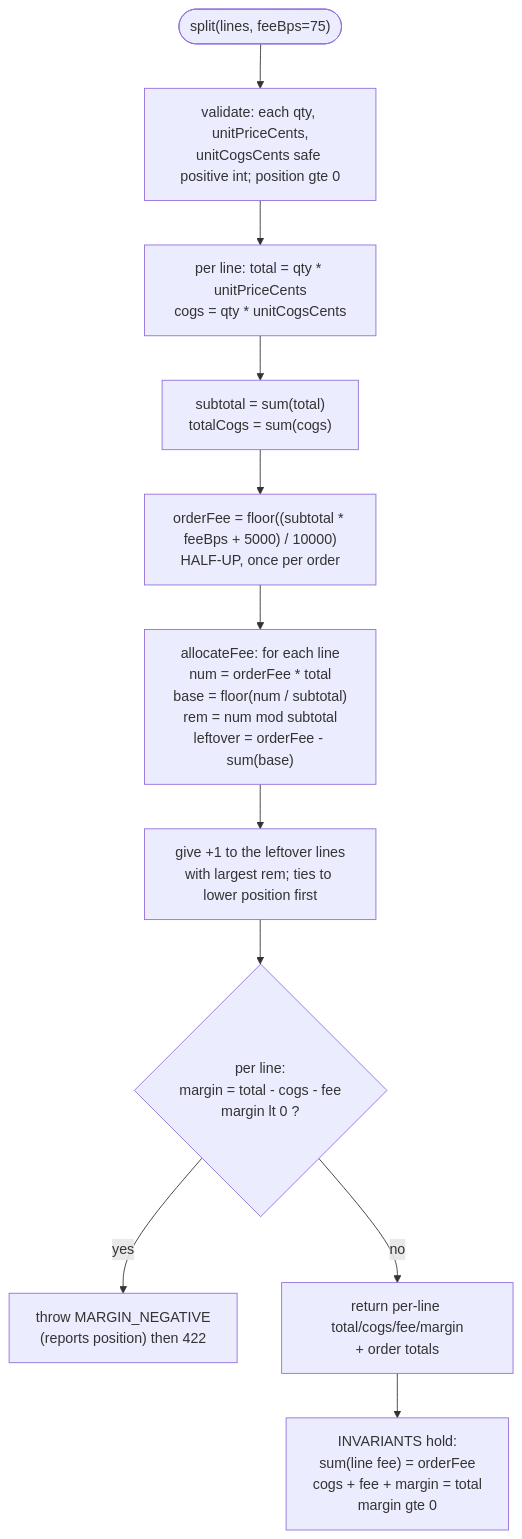
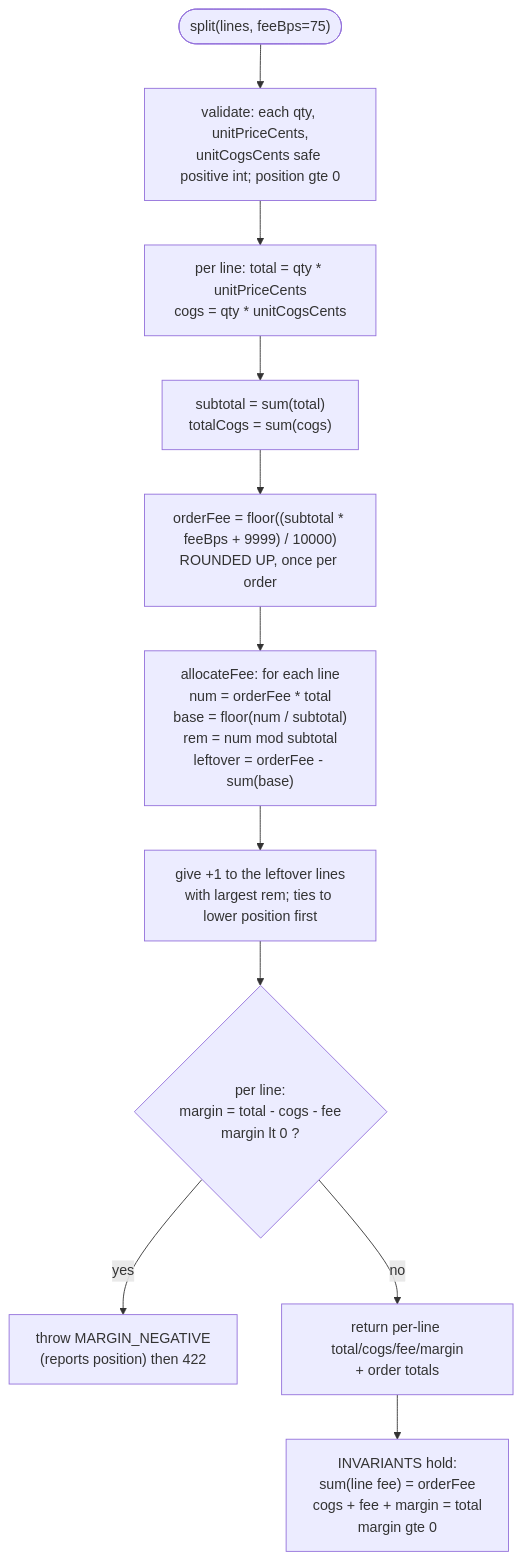
One commit to debudash/supplementstore-online changed the eighth of 9 diagrams in docs/DIAGRAMS.md. Above: the diagram before and after it, drawn with Mermaid. The commit also changed other lines of this file and 59 other files, not shown here.

First line of the commit message:
feat(pricing): round once per order - fee rounded up, no rounding left over

````diff
--- a/docs/DIAGRAMS.md
+++ b/docs/DIAGRAMS.md
@@ -506,13 +511,13 @@
 ```mermaid
 flowchart TB
   start(["split(lines, feeBps=75)"]) --> validate["validate: each qty, unitPriceCents,<br/>unitCogsCents safe positive int; position gte 0"]
   validate --> totals["per line: total = qty * unitPriceCents<br/>cogs = qty * unitCogsCents"]
   totals --> subtotal["subtotal = sum(total)<br/>totalCogs = sum(cogs)"]
-  subtotal --> fee["orderFee = floor((subtotal * feeBps + 5000) / 10000)<br/>HALF-UP, once per order"]
+  subtotal --> fee["orderFee = floor((subtotal * feeBps + 9999) / 10000)<br/>ROUNDED UP, once per order"]
   fee --> alloc["allocateFee: for each line<br/>num = orderFee * total<br/>base = floor(num / subtotal)<br/>rem = num mod subtotal<br/>leftover = orderFee - sum(base)"]
   alloc --> distribute["give +1 to the leftover lines<br/>with largest rem; ties to lower position first"]
   distribute --> margin{"per line:<br/>margin = total - cogs - fee<br/>margin lt 0 ?"}
   margin -- yes --> err["throw MARGIN_NEGATIVE<br/>(reports position) then 422"]
   margin -- no --> ok["return per-line total/cogs/fee/margin<br/>+ order totals"]
   ok --> inv["INVARIANTS hold:<br/>sum(line fee) = orderFee<br/>cogs + fee + margin = total<br/>margin gte 0"]
 ```
````
